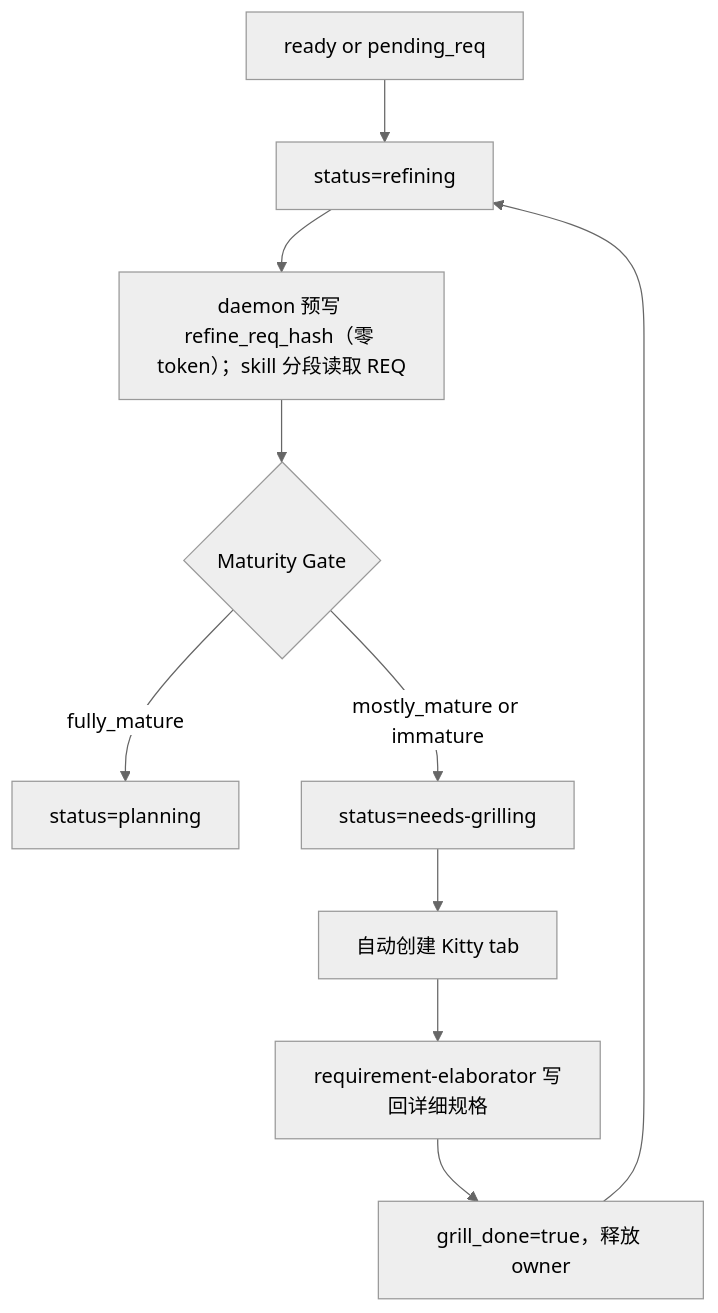
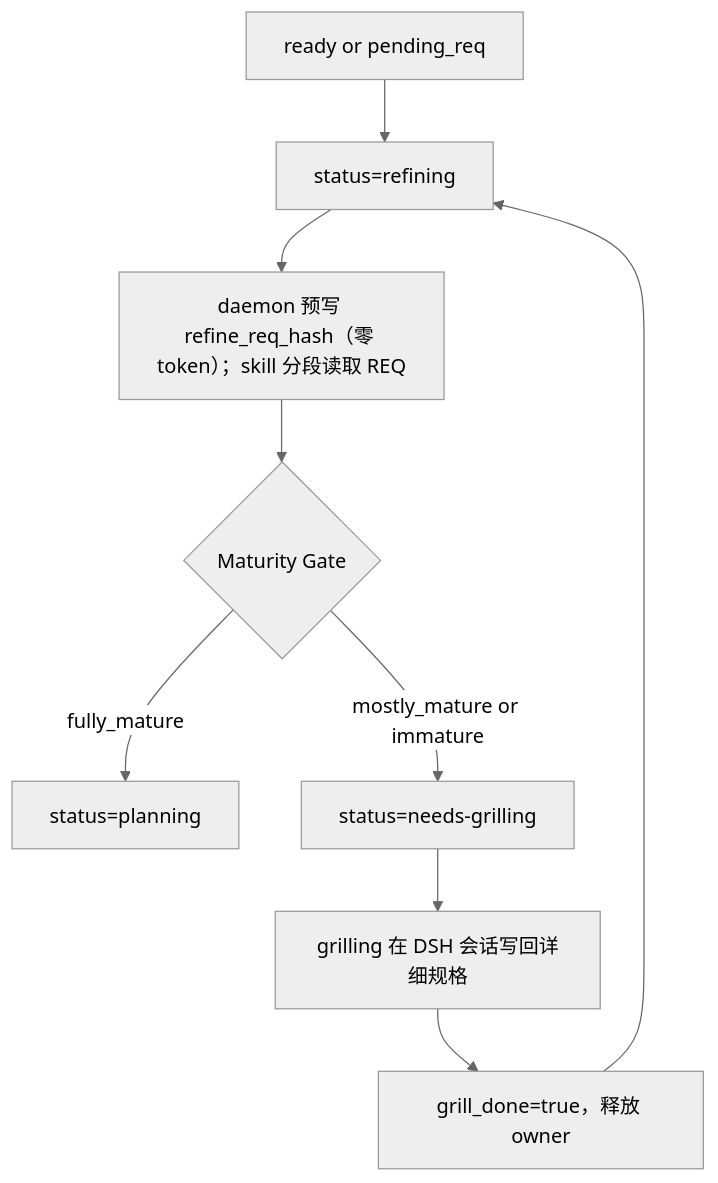
The fourth of 8 diagrams in docs/workflow.md (ndzuki/obsidian-task-runner), drawn with Mermaid (neutral theme) before and after one commit. The commit also changed other lines of this file and 214 other files, not shown here.

````diff
--- a/docs/workflow.md
+++ b/docs/workflow.md
@@ -279,12 +289,11 @@
 ```mermaid
 flowchart TD
     Start[ready or pending_req] --> Refining[status=refining]
     Refining --> Hash[daemon 预写 refine_req_hash（零 token）；skill 分段读取 REQ]
     Hash --> Gate{Maturity Gate}
     Gate -->|fully_mature| Planning[status=planning]
     Gate -->|mostly_mature or immature| Grilling[status=needs-grilling]
-    Grilling --> Kitty[自动创建 Kitty tab]
-    Kitty --> Spec[requirement-elaborator 写回详细规格]
+    Grilling --> Spec[grilling 在 DSH 会话写回详细规格]
     Spec --> Done[grill_done=true，释放 owner]
     Done --> Refining
 ```
````
